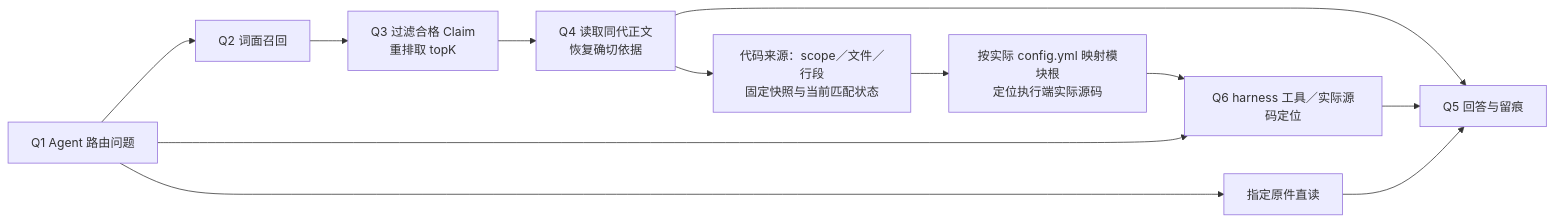
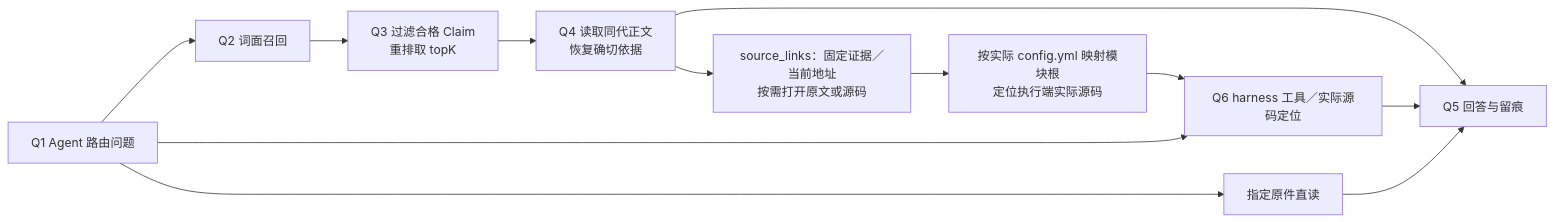
Before and after one commit to Robin-hhc/FactumCore: diagram 20 of 27 in himate-knowledge-wifi-mp/docs-llm-wiki/知识库详细设计.md, drawn with Mermaid. The commit also changed other lines of this file and 41 other files, not shown here.

````diff
--- a/himate-knowledge-wifi-mp/docs-llm-wiki/知识库详细设计.md
+++ b/himate-knowledge-wifi-mp/docs-llm-wiki/知识库详细设计.md
@@ -787,14 +789,14 @@
 ```mermaid
 flowchart LR
     Q1["Q1 Agent 路由问题"] --> Q2["Q2 词面召回"]
     Q2 --> Q3["Q3 过滤合格 Claim<br/>重排取 topK"]
     Q3 --> Q4["Q4 读取同代正文<br/>恢复确切依据"]
     Q4 --> Q5["Q5 回答与留痕"]
     Q1 --> Q6["Q6 harness 工具／实际源码定位"]
-    Q4 --> SOURCE["代码来源：scope／文件／行段<br/>固定快照与当前匹配状态"]
+    Q4 --> SOURCE["source_links：固定证据／当前地址<br/>按需打开原文或源码"]
     SOURCE --> MAP["按实际 config.yml 映射模块根<br/>定位执行端实际源码"]
     MAP --> Q6
     Q1 --> RAW["指定原件直读"]
     Q6 --> Q5
     RAW --> Q5
 ```
````
